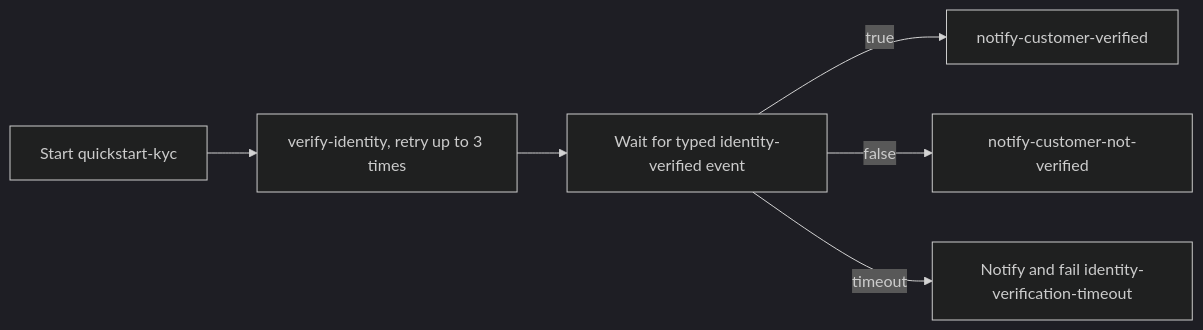
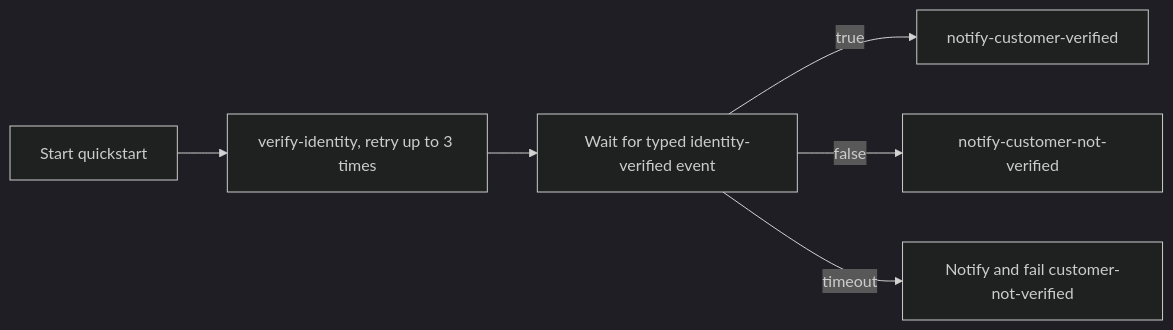
One commit to littlehorse-enterprises/lh-developer-hub changed the diagram in examples/lh-server/java/00-quickstart/README.md. Above: the diagram before and after it, drawn with Mermaid (dark theme). The commit also changed other lines of this file and 56 other files, not shown here.

````diff
--- a/examples/lh-server/java/00-quickstart/README.md
+++ b/examples/lh-server/java/00-quickstart/README.md
@@ -14,8 +14,8 @@
 ```mermaid
 flowchart LR
-    A[Start quickstart-kyc] --> B[verify-identity, retry up to 3 times]
+    A[Start quickstart] --> B[verify-identity, retry up to 3 times]
     B --> C[Wait for typed identity-verified event]
     C -->|true| D[notify-customer-verified]
     C -->|false| E[notify-customer-not-verified]
-    C -->|timeout| F[Notify and fail identity-verification-timeout]
+    C -->|timeout| F[Notify and fail customer-not-verified]
 ```
````
